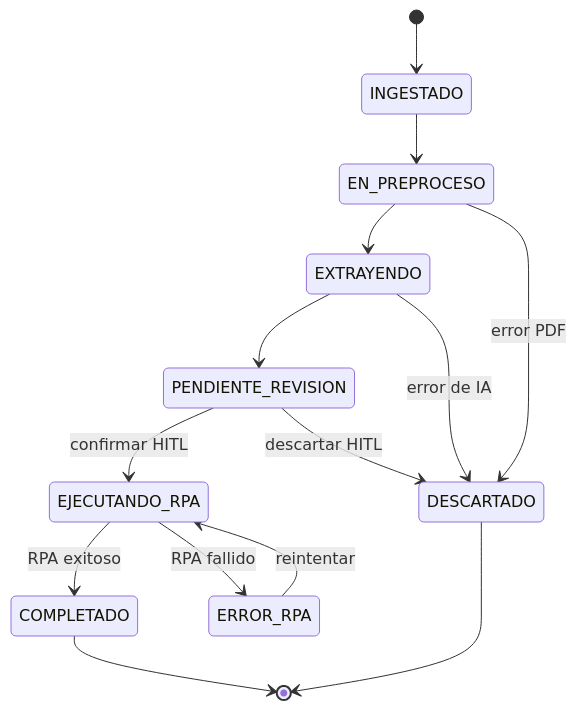
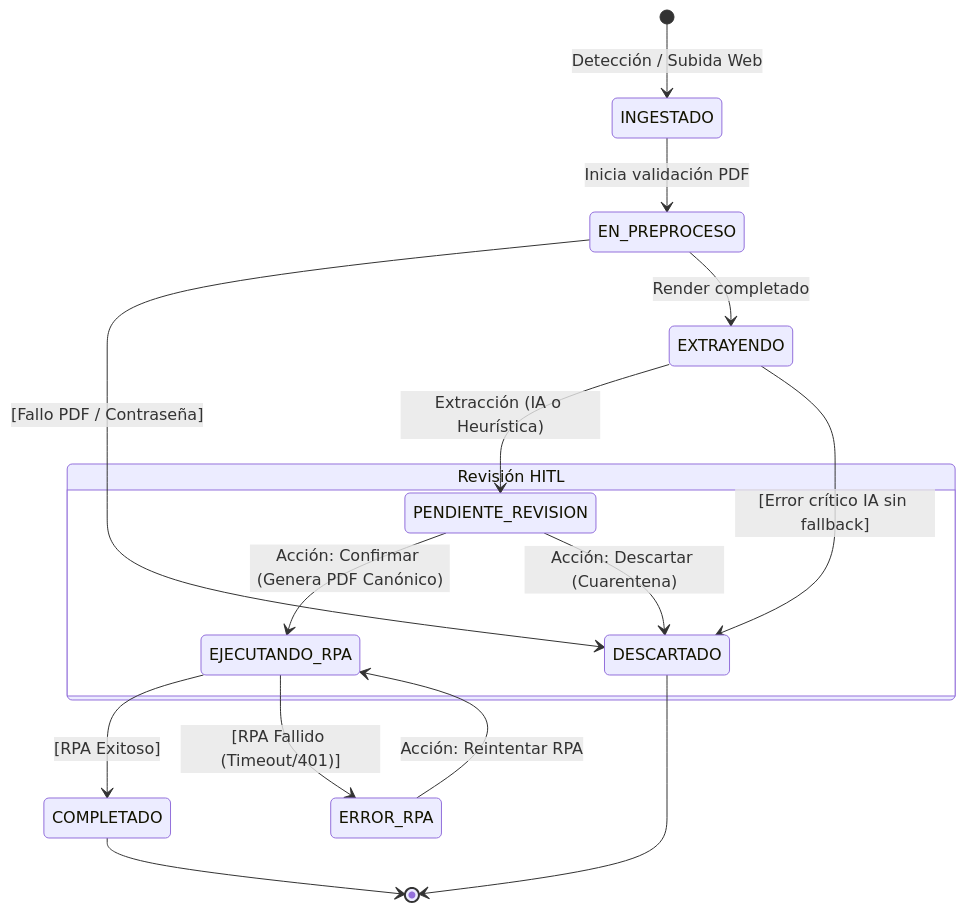
The second of 3 diagrams in README.md (j3susangar1ca/oficialia_dsApp), drawn with Mermaid before and after one commit. The commit also changed other lines of this file, not shown here.

First line of the commit message:
docs: revamp README with advanced architecture diagrams and design

````diff
--- a/README.md
+++ b/README.md
@@ -157,16 +71,24 @@
 ```mermaid
 stateDiagram-v2
-    [*] --> INGESTADO
-    INGESTADO --> EN_PREPROCESO
-    EN_PREPROCESO --> EXTRAYENDO
-    EXTRAYENDO --> PENDIENTE_REVISION
-    EN_PREPROCESO --> DESCARTADO: error PDF
-    EXTRAYENDO --> DESCARTADO: error de IA
-    PENDIENTE_REVISION --> EJECUTANDO_RPA: confirmar HITL
-    PENDIENTE_REVISION --> DESCARTADO: descartar HITL
-    EJECUTANDO_RPA --> COMPLETADO: RPA exitoso
-    EJECUTANDO_RPA --> ERROR_RPA: RPA fallido
-    ERROR_RPA --> EJECUTANDO_RPA: reintentar
+    direction TB
+    [*] --> INGESTADO : Detección / Subida Web
+
+    INGESTADO --> EN_PREPROCESO : Inicia validación PDF
+    EN_PREPROCESO --> DESCARTADO : [Fallo PDF / Contraseña]
+
+    EN_PREPROCESO --> EXTRAYENDO : Render completado
+    EXTRAYENDO --> PENDIENTE_REVISION : Extracción (IA o Heurística)
+    EXTRAYENDO --> DESCARTADO : [Error crítico IA sin fallback]
+
+    state "Revisión HITL" as HITL {
+        PENDIENTE_REVISION --> EJECUTANDO_RPA : Acción: Confirmar (Genera PDF Canónico)
+        PENDIENTE_REVISION --> DESCARTADO : Acción: Descartar (Cuarentena)
+    }
+
+    EJECUTANDO_RPA --> COMPLETADO : [RPA Exitoso]
+    EJECUTANDO_RPA --> ERROR_RPA : [RPA Fallido (Timeout/401)]
+    ERROR_RPA --> EJECUTANDO_RPA : Acción: Reintentar RPA
+
     COMPLETADO --> [*]
     DESCARTADO --> [*]
 ```
````
